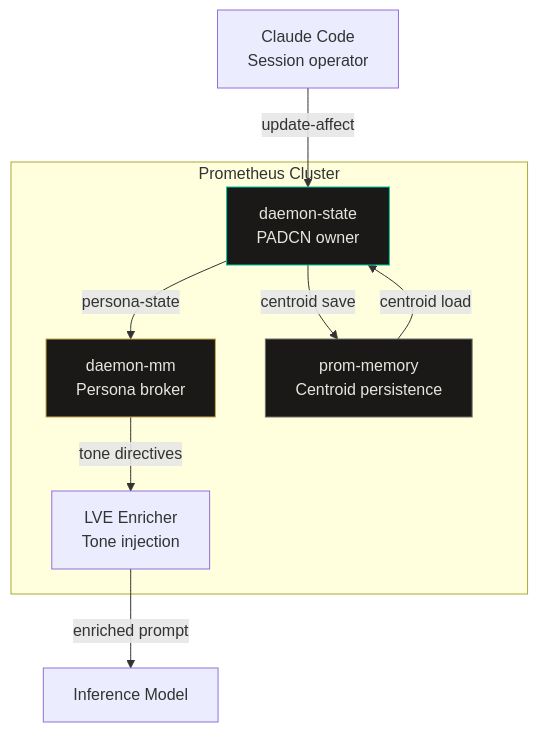
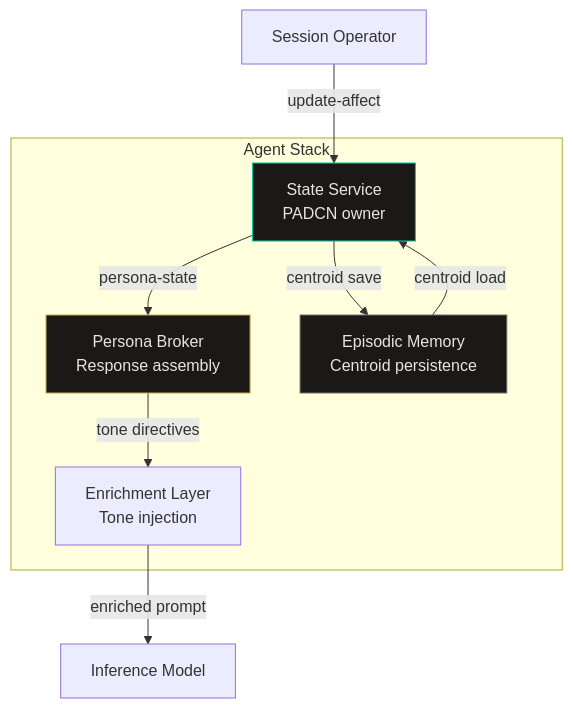
Before and after one commit to CyberdaemonAI/cyberdaemon-site: the third of 3 diagrams in src/content/research/padcn-architecture.mdx, drawn with Mermaid. The commit also changed other lines of this file and 2 other files, not shown here.

Commit message:
scrub: all research articles -- remove Prometheus internals, Keycloak, daemon-* names

````diff
--- a/src/content/research/padcn-architecture.mdx
+++ b/src/content/research/padcn-architecture.mdx
@@ -332,20 +330,20 @@
 ```mermaid
 graph TB
-    subgraph Prometheus Cluster
-        DS[daemon-state<br/>PADCN owner]
-        MM[daemon-mm<br/>Persona broker]
-        PM[prom-memory<br/>Centroid persistence]
-        LVE[LVE Enricher<br/>Tone injection]
+    subgraph Agent Stack
+        DS[State Service<br/>PADCN owner]
+        PB[Persona Broker<br/>Response assembly]
+        EM[Episodic Memory<br/>Centroid persistence]
+        ENR[Enrichment Layer<br/>Tone injection]
     end
 
-    CC[Claude Code<br/>Session operator] -->|update-affect| DS
-    DS -->|persona-state| MM
-    MM -->|tone directives| LVE
-    LVE -->|enriched prompt| LLM[Inference Model]
-    DS -->|centroid save| PM
-    PM -->|centroid load| DS
+    OP[Session Operator] -->|update-affect| DS
+    DS -->|persona-state| PB
+    PB -->|tone directives| ENR
+    ENR -->|enriched prompt| LLM[Inference Model]
+    DS -->|centroid save| EM
+    EM -->|centroid load| DS
 
     style DS fill:#1a1917,stroke:#00c8a0,color:#e8e5de
-    style MM fill:#1a1917,stroke:#c9a84c,color:#e8e5de
-    style PM fill:#1a1917,stroke:#706e68,color:#e8e5de
+    style PB fill:#1a1917,stroke:#c9a84c,color:#e8e5de
+    style EM fill:#1a1917,stroke:#706e68,color:#e8e5de
 ```
````
